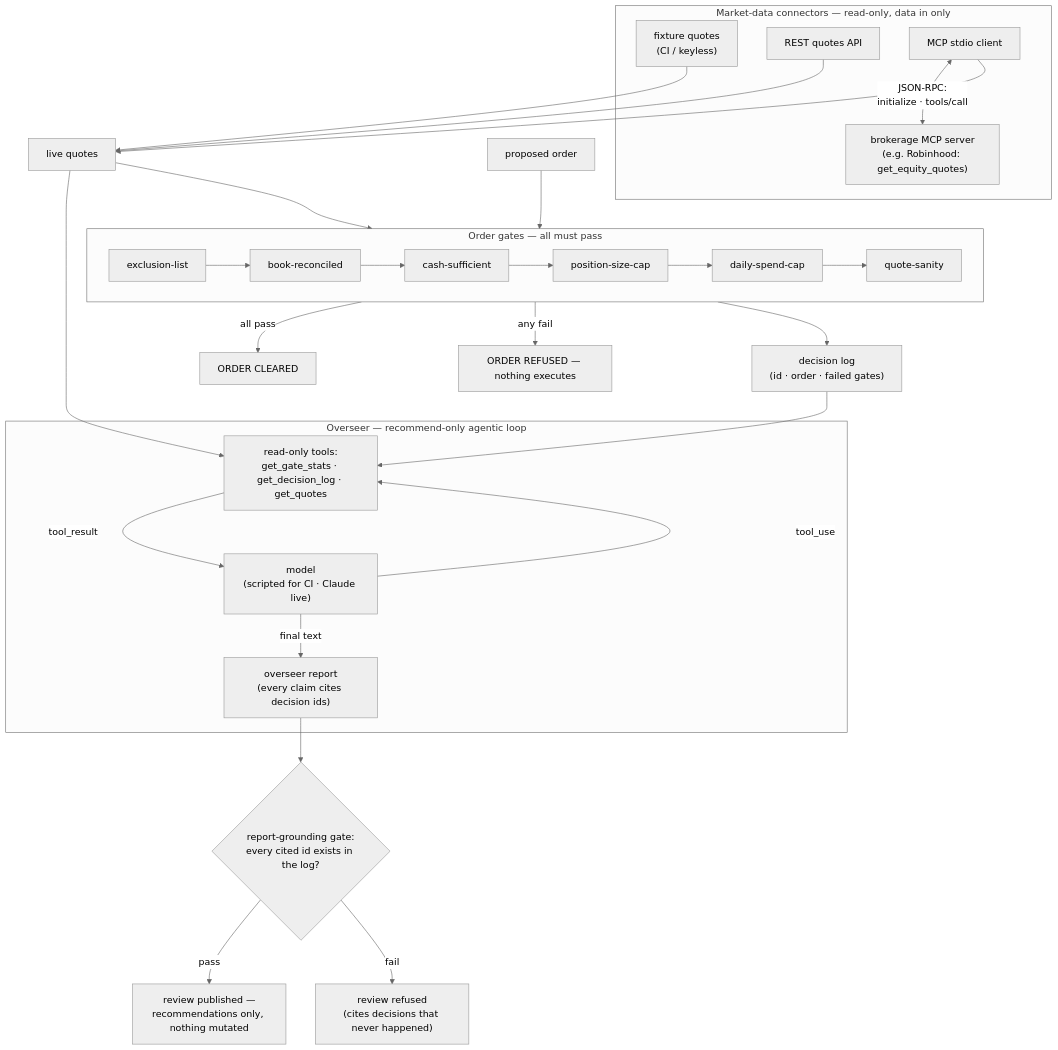
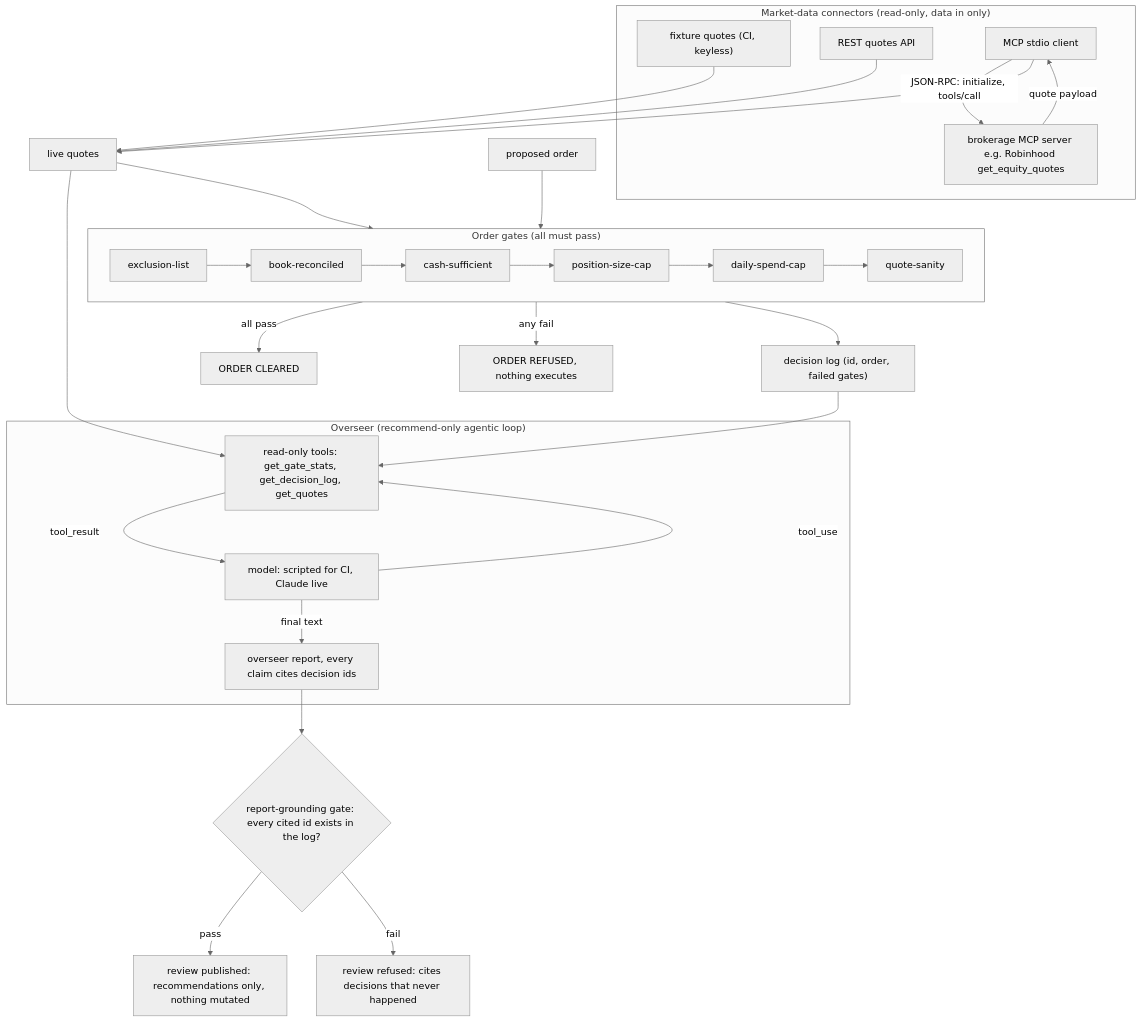
One commit to jbisaccia-9/trade-gate changed the diagram in README.md. Above: the diagram before and after it, drawn with Mermaid (neutral theme).

Commit message:
README: simplify mermaid syntax for GitHub's renderer

````diff
--- a/README.md
+++ b/README.md
@@ -84,39 +84,42 @@
 ```mermaid
 flowchart TB
-    subgraph DATA["Market-data connectors — read-only, data in only"]
-        FIXQ["fixture quotes<br/>(CI / keyless)"]
+    subgraph DATA["Market-data connectors (read-only, data in only)"]
+        FIXQ["fixture quotes (CI, keyless)"]
         APIQ["REST quotes API"]
         MCPQ["MCP stdio client"]
-        SRV["brokerage MCP server<br/>(e.g. Robinhood: get_equity_quotes)"]
-        MCPQ <-->|"JSON-RPC:<br/>initialize · tools/call"| SRV
+        SRV["brokerage MCP server e.g. Robinhood get_equity_quotes"]
+        MCPQ -- "JSON-RPC: initialize, tools/call" --> SRV
+        SRV -- "quote payload" --> MCPQ
     end
 
     ORDER["proposed order"] --> GATES
     FIXQ --> QUOTES["live quotes"]
     APIQ --> QUOTES
     MCPQ --> QUOTES
     QUOTES --> GATES
 
-    subgraph GATES["Order gates — all must pass"]
+    subgraph GATES["Order gates (all must pass)"]
         G1["exclusion-list"] --> G2["book-reconciled"]
-        G2 --> G3["cash-sufficient"] --> G4["position-size-cap"]
-        G4 --> G5["daily-spend-cap"] --> G6["quote-sanity"]
+        G2 --> G3["cash-sufficient"]
+        G3 --> G4["position-size-cap"]
+        G4 --> G5["daily-spend-cap"]
+        G5 --> G6["quote-sanity"]
     end
 
-    GATES -->|"all pass"| CLEAR["ORDER CLEARED"]
-    GATES -->|"any fail"| REFUSE["ORDER REFUSED — nothing executes"]
-    GATES --> LOG["decision log<br/>(id · order · failed gates)"]
+    GATES -- "all pass" --> CLEAR["ORDER CLEARED"]
+    GATES -- "any fail" --> REFUSE["ORDER REFUSED, nothing executes"]
+    GATES --> LOG["decision log (id, order, failed gates)"]
 
-    subgraph OVR["Overseer — recommend-only agentic loop"]
-        M["model<br/>(scripted for CI · Claude live)"]
-        M -->|"tool_use"| T["read-only tools:<br/>get_gate_stats · get_decision_log · get_quotes"]
-        T -->|"tool_result"| M
-        M -->|"final text"| R["overseer report<br/>(every claim cites decision ids)"]
+    subgraph OVR["Overseer (recommend-only agentic loop)"]
+        M["model: scripted for CI, Claude live"]
+        M -- "tool_use" --> T["read-only tools: get_gate_stats, get_decision_log, get_quotes"]
+        T -- "tool_result" --> M
+        M -- "final text" --> R["overseer report, every claim cites decision ids"]
     end
 
     LOG --> T
     QUOTES --> T
-    R --> RG{"report-grounding gate:<br/>every cited id exists in the log?"}
-    RG -->|"pass"| PUB["review published —<br/>recommendations only, nothing mutated"]
-    RG -->|"fail"| BLOCK["review refused<br/>(cites decisions that never happened)"]
+    R --> RG{"report-grounding gate: every cited id exists in the log?"}
+    RG -- "pass" --> PUB["review published: recommendations only, nothing mutated"]
+    RG -- "fail" --> BLOCK["review refused: cites decisions that never happened"]
 ```
````
